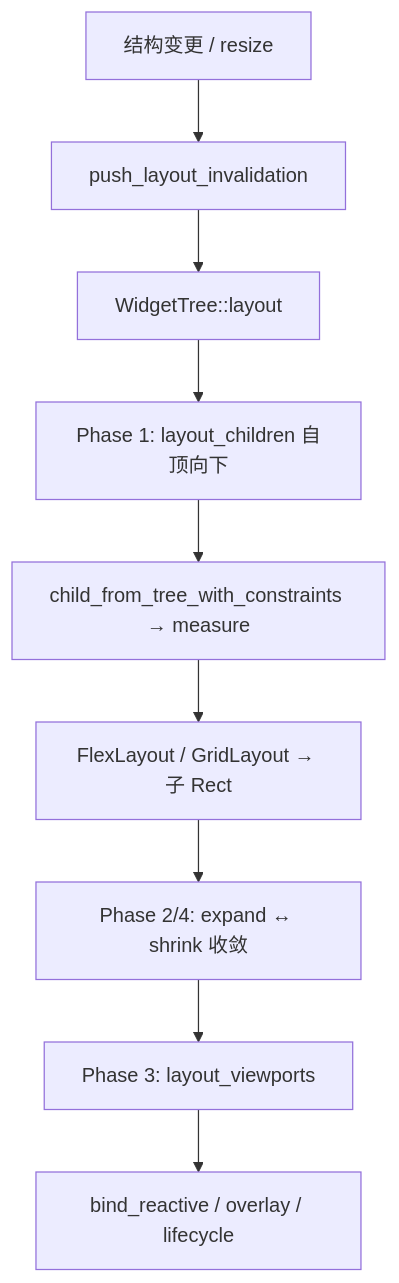
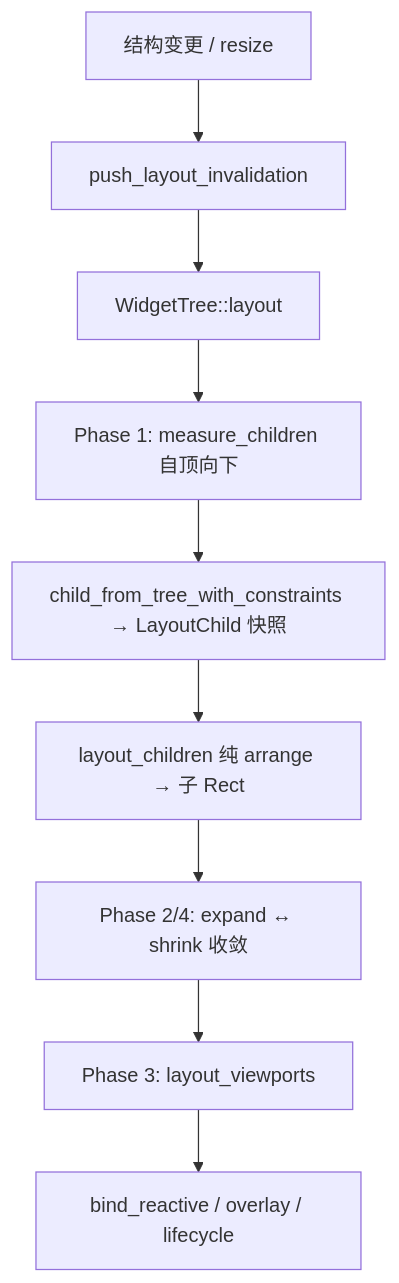
The diagram in docs/areas/systems/layout.md (yang86953/uix-app), drawn with Mermaid before and after one commit. The commit also changed other lines of this file and 33 other files, not shown here.

````diff
--- a/docs/areas/systems/layout.md
+++ b/docs/areas/systems/layout.md
@@ -74,11 +73,11 @@
 ```mermaid
 flowchart TD
     A[结构变更 / resize] --> B[push_layout_invalidation]
     B --> C[WidgetTree::layout]
-    C --> D[Phase 1: layout_children 自顶向下]
-    D --> E[child_from_tree_with_constraints → measure]
-    E --> F[FlexLayout / GridLayout → 子 Rect]
+    C --> D[Phase 1: measure_children 自顶向下]
+    D --> E[child_from_tree_with_constraints → LayoutChild 快照]
+    E --> F[layout_children 纯 arrange → 子 Rect]
     F --> G[Phase 2/4: expand ↔ shrink 收敛]
     G --> H[Phase 3: layout_viewports]
     H --> I[bind_reactive / overlay / lifecycle]
 ```
````
